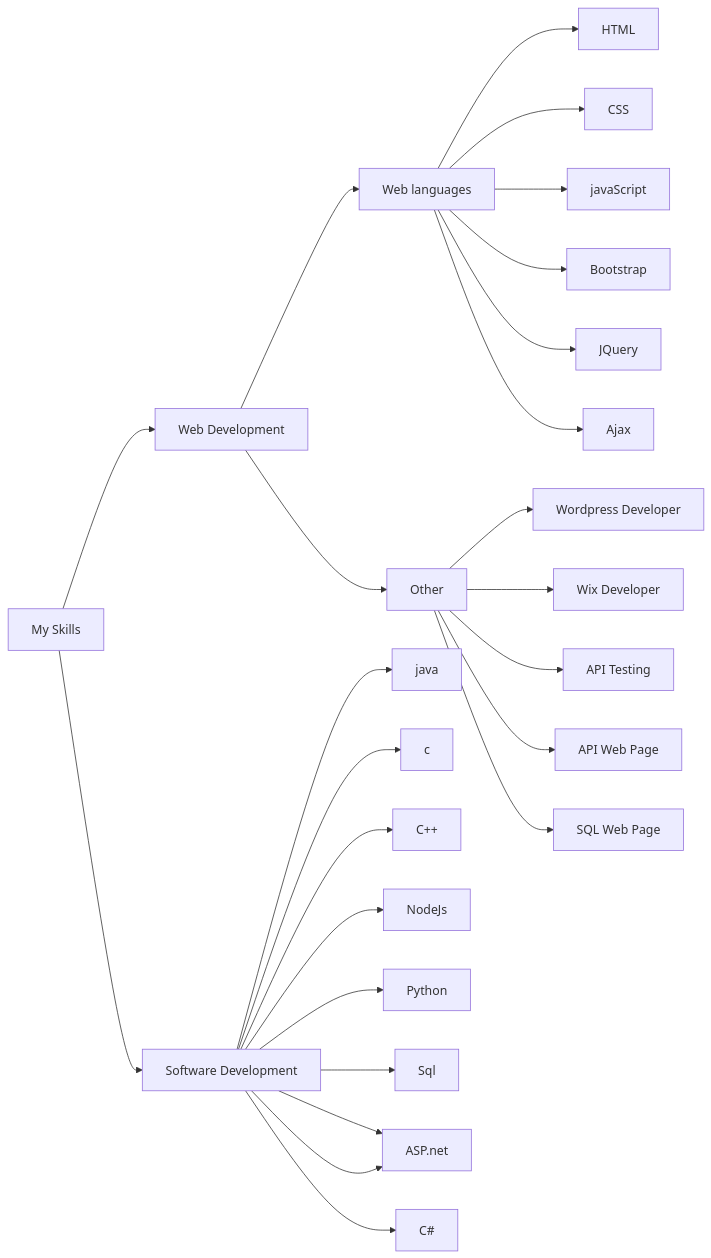
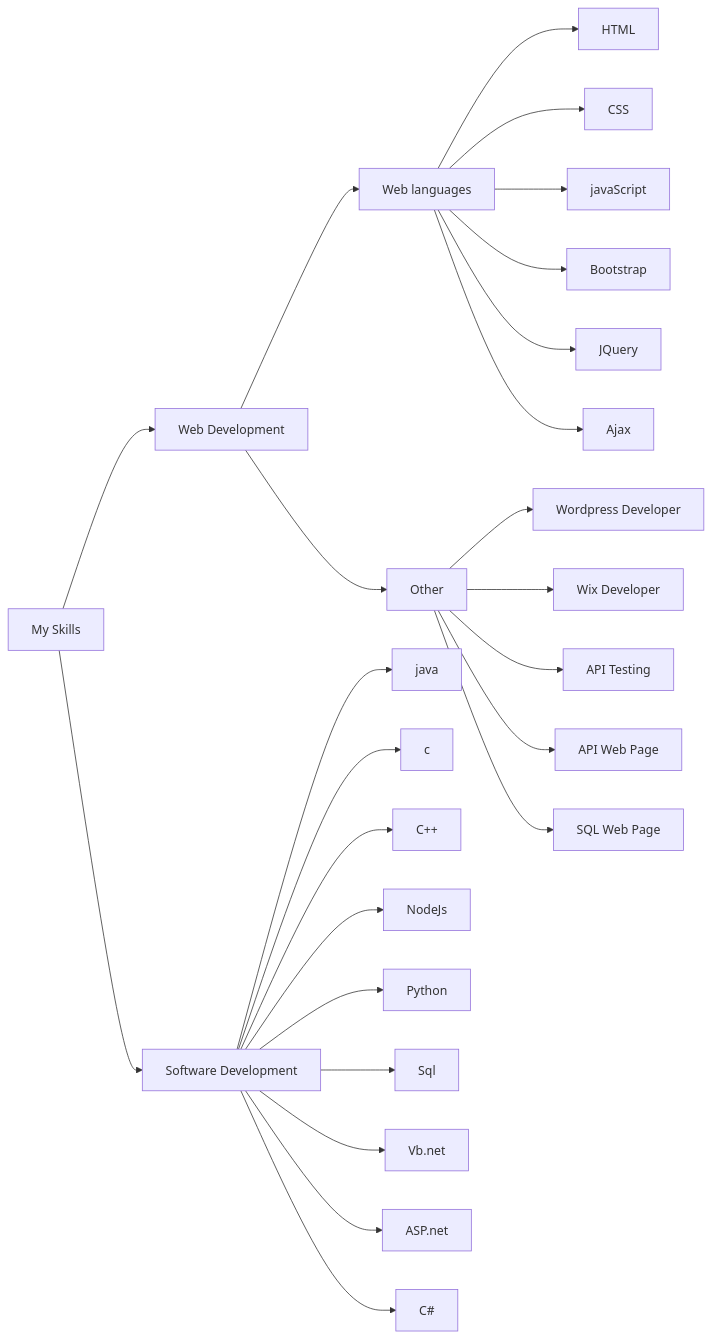
Before and after one commit to shabista-imam/shabista-imam: the diagram in README.md, drawn with Mermaid.

````diff
--- a/README.md
+++ b/README.md
@@ -5,28 +5,28 @@
 ```mermaid
 graph LR;
     A[My Skills] --> B[Web Development];
     A --> C[Software Development];
     B --> D[Web languages];
     B --> E[Other];
     D --> F[HTML];
     D --> g[CSS];
     D --> h[javaScript];
     D --> i[Bootstrap];
     D --> j[JQuery];
     D --> k[Ajax];
     E --> a[Wordpress Developer];
     E --> b[Wix Developer];
     E --> c[API Testing];
     E --> d[API Web Page];
     E --> e[SQL Web Page];
     C --> l[java];
     C --> m[c];
     C --> n[C++];
     C --> o[NodeJs];
     C --> p[Python];
     C --> q[Sql];
     C --> r[Vb.net];
-    C --> r[ASP.net];
-    C --> s[C#];
+    C --> s[ASP.net];
+    C --> t[C#];
 
 ```
````
